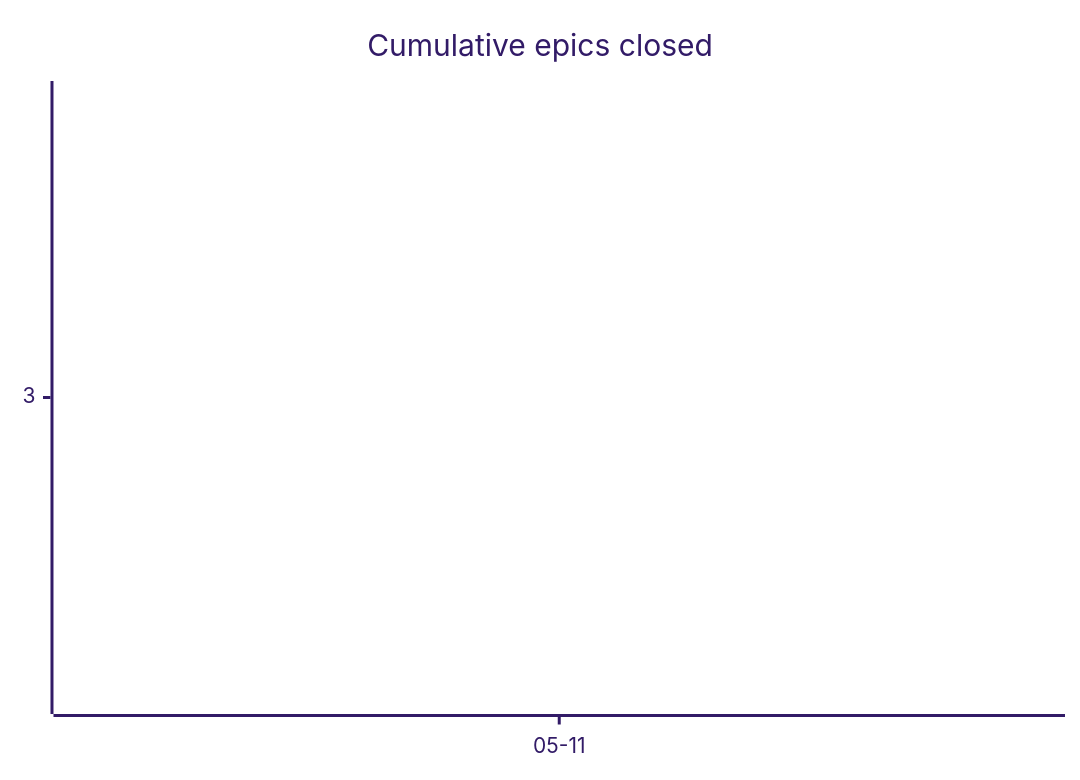
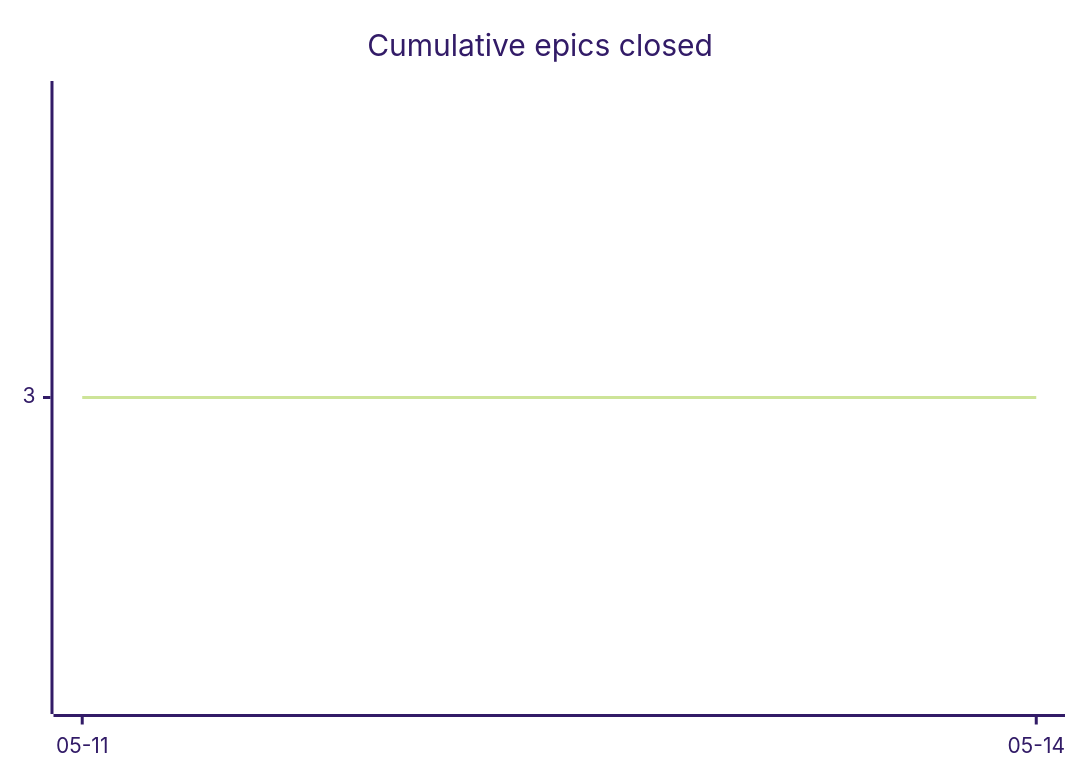
Before and after one commit to tgd1975/AwesomeGuitarPedal: the second of 3 diagrams in docs/developers/tasks/OVERVIEW.md, drawn with Mermaid (forest theme). The commit also changed other lines of this file and 13 other files, not shown here.

````diff
--- a/docs/developers/tasks/OVERVIEW.md
+++ b/docs/developers/tasks/OVERVIEW.md
@@ -31,6 +31,6 @@
 ```mermaid
 xychart-beta
     title "Cumulative epics closed"
-    x-axis ["05-11"]
-    line [3]
+    x-axis ["05-11", "05-14"]
+    line [3, 3]
 ```
````
